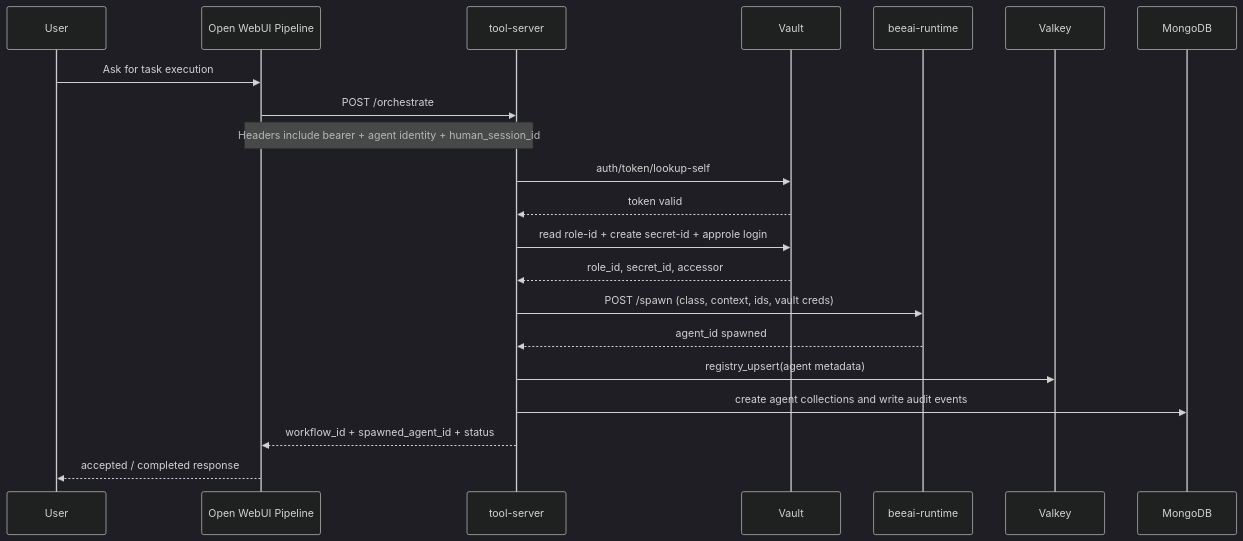
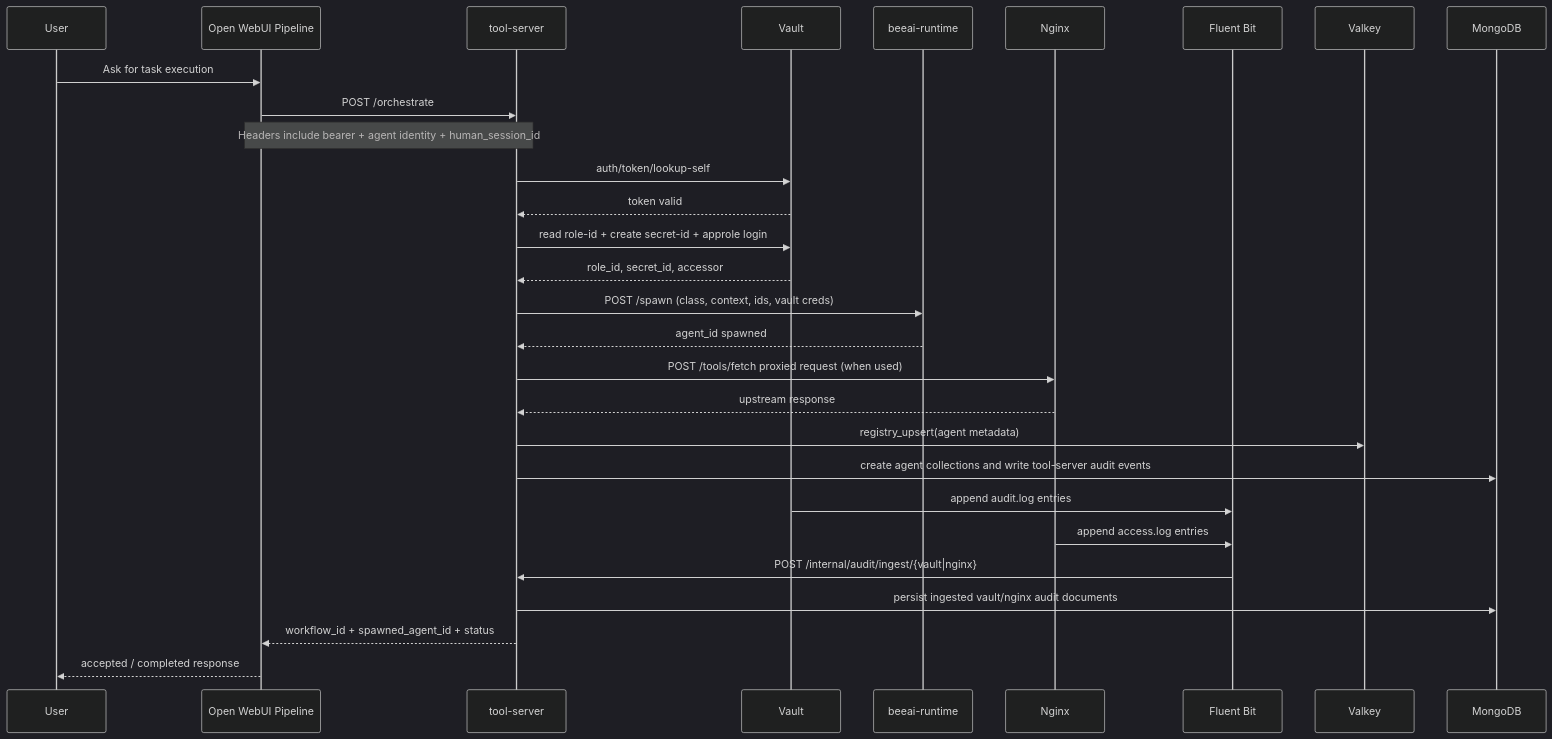
Before and after one commit to McIndi/project-garrison: the first of 2 diagrams in docs/request-flow.md, drawn with Mermaid (dark theme). The commit also changed 5 other files, not shown here.

Commit message:
feat: update documentation to reflect Nginx and Fluent Bit integration; add audit pipeline details and readiness checks

````diff
--- a/docs/request-flow.md
+++ b/docs/request-flow.md
@@ -5,29 +5,38 @@
 ```mermaid
 sequenceDiagram
     participant User
     participant OW as Open WebUI Pipeline
     participant TS as tool-server
     participant VA as Vault
     participant BR as beeai-runtime
+    participant NX as Nginx
+    participant FB as Fluent Bit
     participant VK as Valkey
     participant MG as MongoDB
 
     User->>OW: Ask for task execution
     OW->>TS: POST /orchestrate
     Note over OW,TS: Headers include bearer + agent identity + human_session_id
 
     TS->>VA: auth/token/lookup-self
     VA-->>TS: token valid
 
     TS->>VA: read role-id + create secret-id + approle login
     VA-->>TS: role_id, secret_id, accessor
 
     TS->>BR: POST /spawn (class, context, ids, vault creds)
     BR-->>TS: agent_id spawned
 
+    TS->>NX: POST /tools/fetch proxied request (when used)
+    NX-->>TS: upstream response
+
     TS->>VK: registry_upsert(agent metadata)
-    TS->>MG: create agent collections and write audit events
+    TS->>MG: create agent collections and write tool-server audit events
+    VA->>FB: append audit.log entries
+    NX->>FB: append access.log entries
+    FB->>TS: POST /internal/audit/ingest/{vault|nginx}
+    TS->>MG: persist ingested vault/nginx audit documents
 
     TS-->>OW: workflow_id + spawned_agent_id + status
     OW-->>User: accepted / completed response
 ```
````
